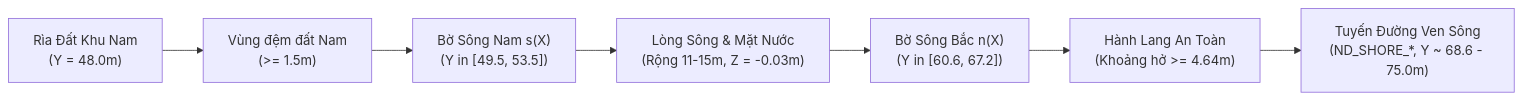
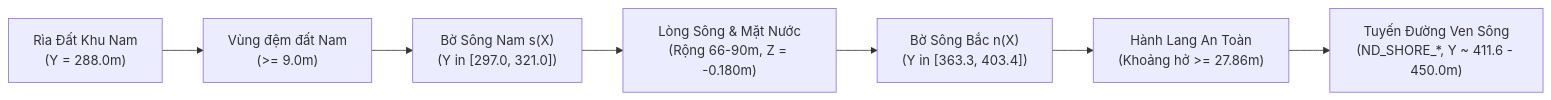
One commit to truogn05/Autonomous-Self-Driving-Car changed the second of 2 diagrams in map.md. Above: the diagram before and after it, drawn with Mermaid. The commit also changed other lines of this file and 11 other files, not shown here.

````diff
--- a/map.md
+++ b/map.md
@@ -118,12 +120,12 @@
 ```mermaid
 flowchart LR
-    SOUTH_LAND["Rìa Đất Khu Nam<br/>(Y = 48.0m)"]
-    GAP["Vùng đệm đất Nam<br/>(>= 1.5m)"]
-    SOUTH_BANK["Bờ Sông Nam s(X)<br/>(Y in [49.5, 53.5])"]
-    WATER["Lòng Sông & Mặt Nước<br/>(Rộng 11-15m, Z = -0.03m)"]
-    NORTH_BANK["Bờ Sông Bắc n(X)<br/>(Y in [60.6, 67.2])"]
-    CLEARANCE["Hành Lang An Toàn<br/>(Khoảng hở >= 4.64m)"]
-    SHORE_ROAD["Tuyến Đường Ven Sông<br/>(ND_SHORE_*, Y ~ 68.6 - 75.0m)"]
+    SOUTH_LAND["Rìa Đất Khu Nam<br/>(Y = 288.0m)"]
+    GAP["Vùng đệm đất Nam<br/>(>= 9.0m)"]
+    SOUTH_BANK["Bờ Sông Nam s(X)<br/>(Y in [297.0, 321.0])"]
+    WATER["Lòng Sông & Mặt Nước<br/>(Rộng 66-90m, Z = -0.180m)"]
+    NORTH_BANK["Bờ Sông Bắc n(X)<br/>(Y in [363.3, 403.4])"]
+    CLEARANCE["Hành Lang An Toàn<br/>(Khoảng hở >= 27.86m)"]
+    SHORE_ROAD["Tuyến Đường Ven Sông<br/>(ND_SHORE_*, Y ~ 411.6 - 450.0m)"]
 
     SOUTH_LAND --> GAP --> SOUTH_BANK --> WATER --> NORTH_BANK --> CLEARANCE --> SHORE_ROAD
 ```
````
